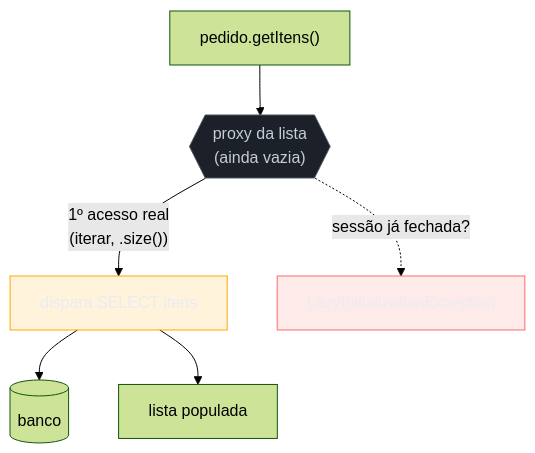
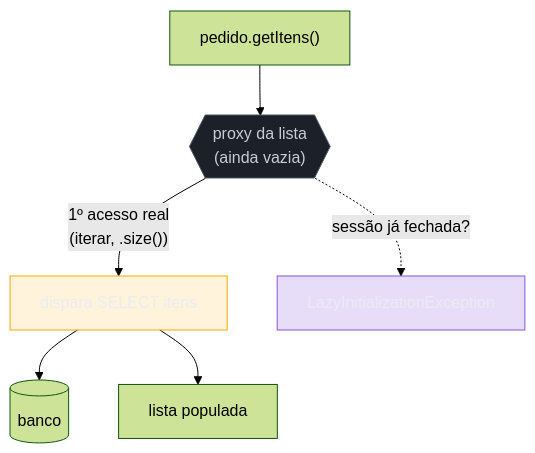
The diagram in 03-Dominios/Engenharia/Design de Software/Padrões de Projeto/Acesso a Dados/12 - Lazy Load.md (josenaldo/codex-technomanticus), drawn with Mermaid (forest theme) before and after one commit. The commit also changed 601 other files, not shown here.

````diff
--- a/03-Dominios/Engenharia/Design de Software/Padrões de Projeto/Acesso a Dados/12 - Lazy Load.md
+++ b/03-Dominios/Engenharia/Design de Software/Padrões de Projeto/Acesso a Dados/12 - Lazy Load.md
@@ -35,15 +35,15 @@
 ```mermaid
 graph TD
+    classDef marca fill:#8855DF33,stroke:#8855DF,color:#E9ECF2
     classDef neutro fill:#1B2029,stroke:#4E5666,color:#C6CCD8
-    classDef falha fill:#FF6B6B24,stroke:#FF6B6B,color:#E9ECF2
     classDef destaque fill:#FFAA0024,stroke:#FFAA00,color:#E9ECF2
     P["pedido.getItens()"] --> PX{{"proxy da lista<br/>(ainda vazia)"}}
     PX -->|"1º acesso real<br/>(iterar, .size())"| Q["dispara SELECT itens"]
     Q --> DB[("banco")]
     Q --> L["lista populada"]
     PX -.->|"sessão já fechada?"| EX["LazyInitializationException"]
 
     class PX neutro
-    class EX falha
+    class EX marca
     class Q destaque
 ```
````
